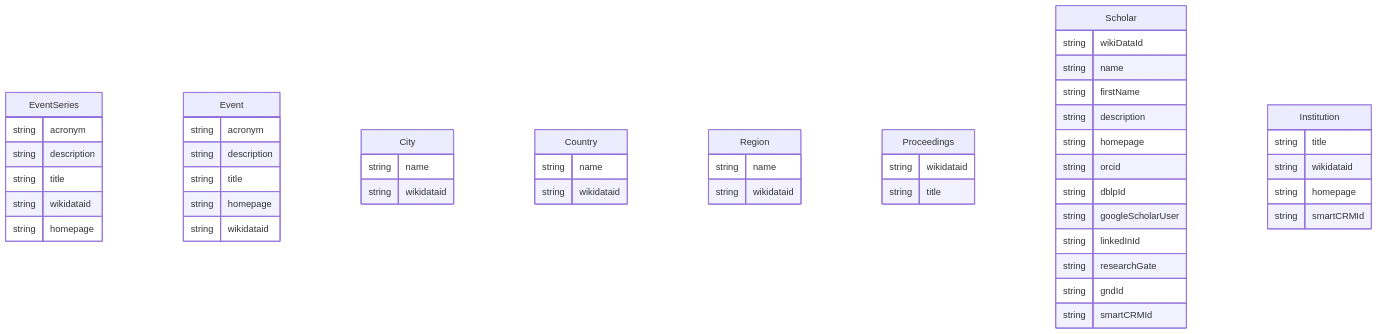
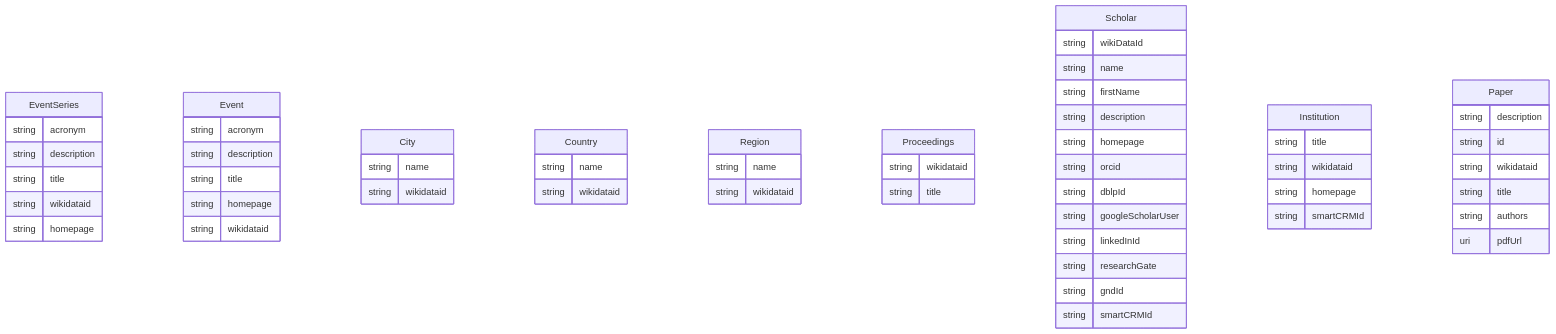
The diagram in examples/scientific-events/scientific-events.mermaid (WolfgangFahl/pyMetaModel), drawn with Mermaid before and after one commit. The commit also changed 24 other files, not shown here.

````diff
--- a/examples/scientific-events/scientific-events.mermaid
+++ b/examples/scientific-events/scientific-events.mermaid
@@ -1,56 +1,64 @@
 ```mermaid
 erDiagram
 EventSeries {
     string acronym  
     string description  
     string title  
     string wikidataid  
     string homepage  
 }
 Event {
     string acronym  
     string description  
     string title  
     string homepage  
     string wikidataid  
 }
 City {
     string name  
     string wikidataid  
 }
 Country {
     string name  
     string wikidataid  
 }
 Region {
     string name  
     string wikidataid  
 }
 Proceedings {
     string wikidataid  
     string title  
 }
 Scholar {
     string wikiDataId  
     string name  
     string firstName  
     string description  
     string homepage  
     string orcid  
     string dblpId  
     string googleScholarUser  
     string linkedInId  
     string researchGate  
     string gndId  
     string smartCRMId  
 }
 Institution {
     string title  
     string wikidataid  
     string homepage  
     string smartCRMId  
 }
+Paper {
+    string description  
+    string id  
+    string wikidataid  
+    string title  
+    string authors  
+    uri pdfUrl  
+}
 
 
 
 ```
````
